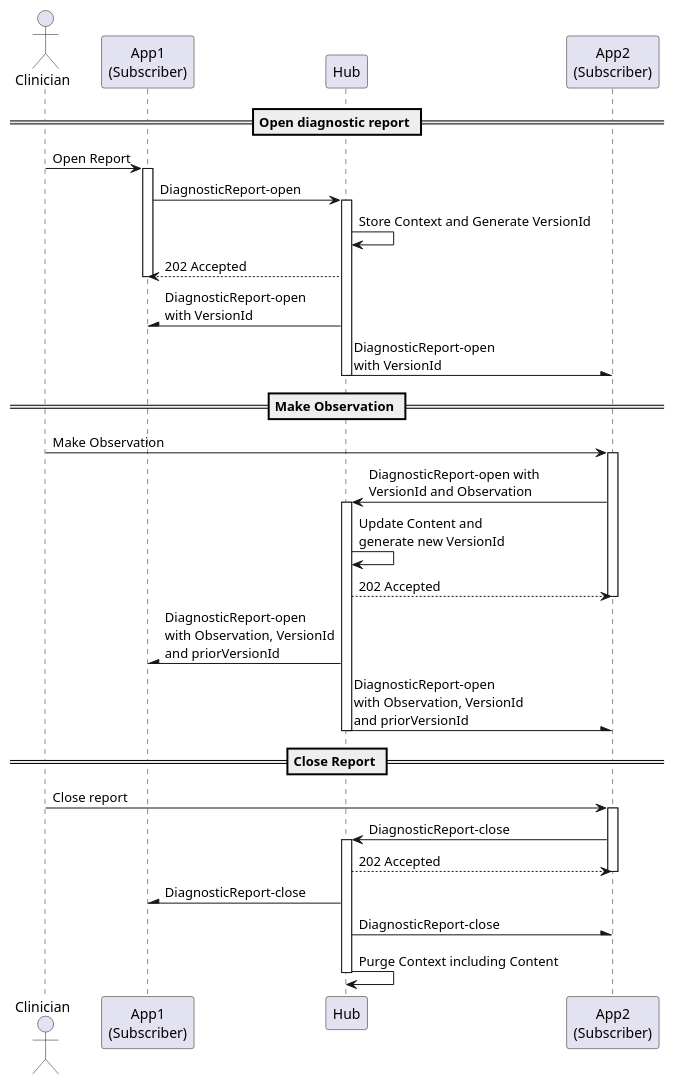
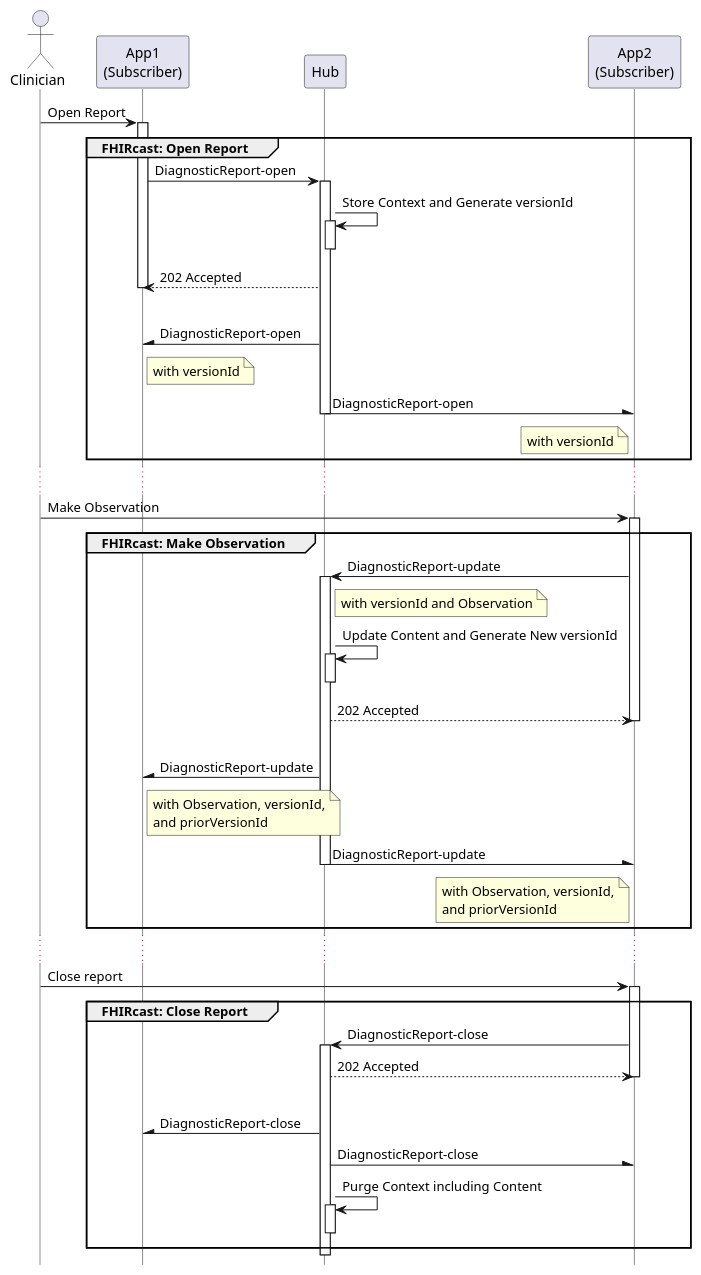
One commit to HL7/fhircast-docs changed the diagram in input/images-source/ContentExchangeBasic.plantuml. Above: the diagram before and after it, drawn with PlantUML. The commit also changed 2 other files, not shown here.

Commit message:
Plantuml changes suggested by Eric

```diff
--- a/input/images-source/ContentExchangeBasic.plantuml
+++ b/input/images-source/ContentExchangeBasic.plantuml
@@ -1,44 +1,58 @@
 @startuml
+skinparam shadowing false
+skinparam lifelineStrategy nosolid
+hide footbox
 
 actor Clinician
 participant "App1\n(Subscriber)" as App1
 participant Hub
 participant "App2\n(Subscriber)" as App2
 
-== Open diagnostic report ==
-
 Clinician -> App1: Open Report
+group FHIRcast: Open Report
 activate App1
-App1 -> Hub++: DiagnosticReport-open
-Hub -> Hub: Store Context and Generate VersionId
+App1 -> Hub: DiagnosticReport-open
+activate Hub
+Hub -> Hub++--: Store Context and Generate versionId
 App1 <-- Hub: 202 Accepted
+|||
 deactivate App1
-
-Hub -\ App1: DiagnosticReport-open\nwith VersionId
-Hub -\ App2: DiagnosticReport-open\nwith VersionId
+Hub -\ App1: DiagnosticReport-open
+note right App1: with versionId
+Hub -\ App2: DiagnosticReport-open
+note left App2: with versionId
 deactivate Hub
-
-== Make Observation ==
-
+end
+...
 Clinician -> App2: Make Observation
+group FHIRcast: Make Observation
 activate App2
-App2 -> Hub++: DiagnosticReport-open with\nVersionId and Observation
-Hub -> Hub: Update Content and\ngenerate new VersionId
+App2 -> Hub: DiagnosticReport-update
+activate Hub
+note right Hub: with versionId and Observation
+Hub -> Hub++--: Update Content and Generate New versionId
 App2 <-- Hub: 202 Accepted
 deactivate App2
-Hub -\ App1: DiagnosticReport-open\nwith Observation, VersionId\nand priorVersionId
-Hub -\ App2: DiagnosticReport-open\nwith Observation, VersionId\nand priorVersionId
+|||
+Hub -\ App1: DiagnosticReport-update
+note right App1: with Observation, versionId,\nand priorVersionId
+Hub -\ App2: DiagnosticReport-update
+note left App2: with Observation, versionId,\nand priorVersionId
 deactivate Hub
-
-== Close Report ==
+end
+...
 Clinician -> App2: Close report
+group FHIRcast: Close Report
 activate App2
-App2 -> Hub++: DiagnosticReport-close
+App2 -> Hub: DiagnosticReport-close
+activate Hub
 App2 <-- Hub: 202 Accepted
 deactivate App2
+|||
 Hub -\ App1: DiagnosticReport-close
 Hub -\ App2: DiagnosticReport-close
-Hub -> Hub: Purge Context including Content
+Hub -> Hub++--: Purge Context including Content
+end
 deactivate Hub
 
 @enduml
```
